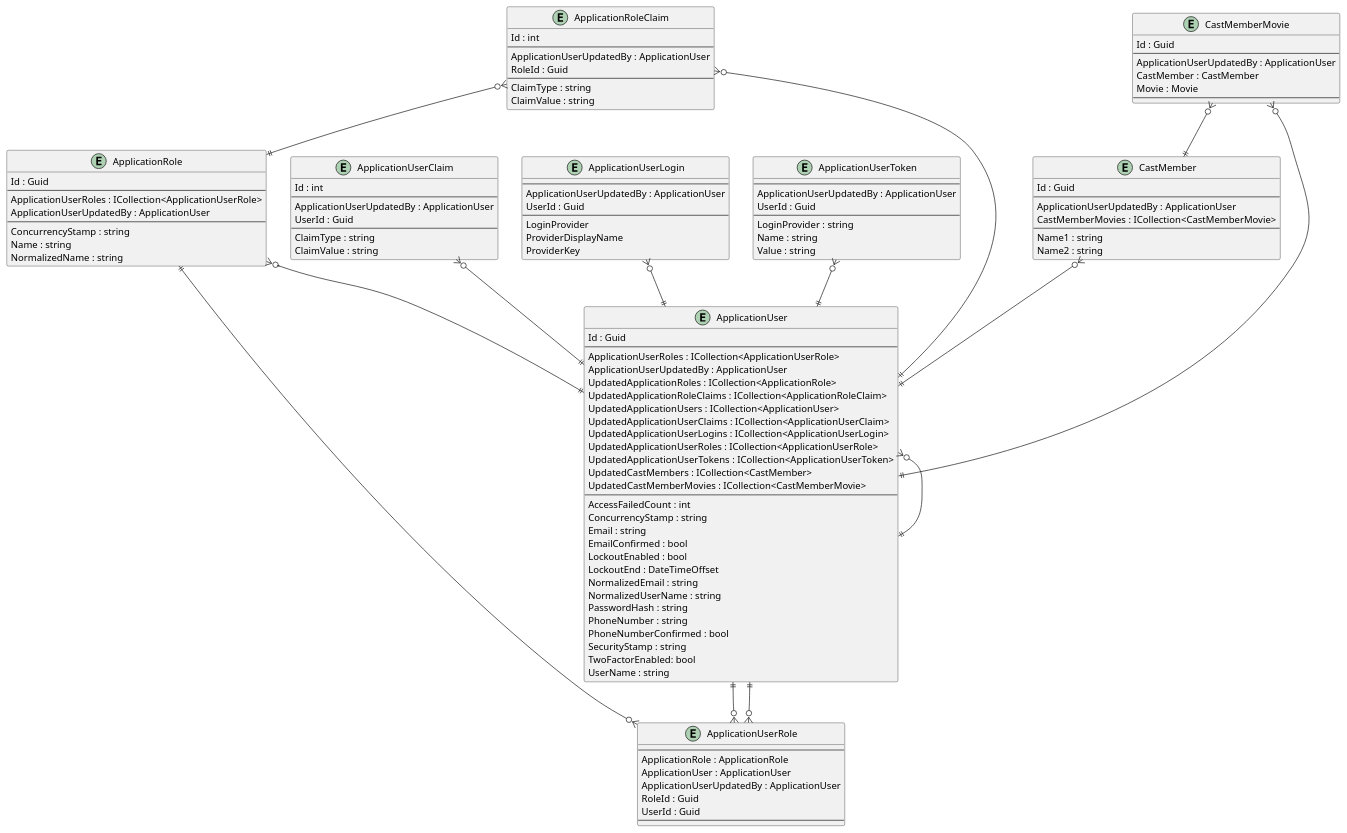
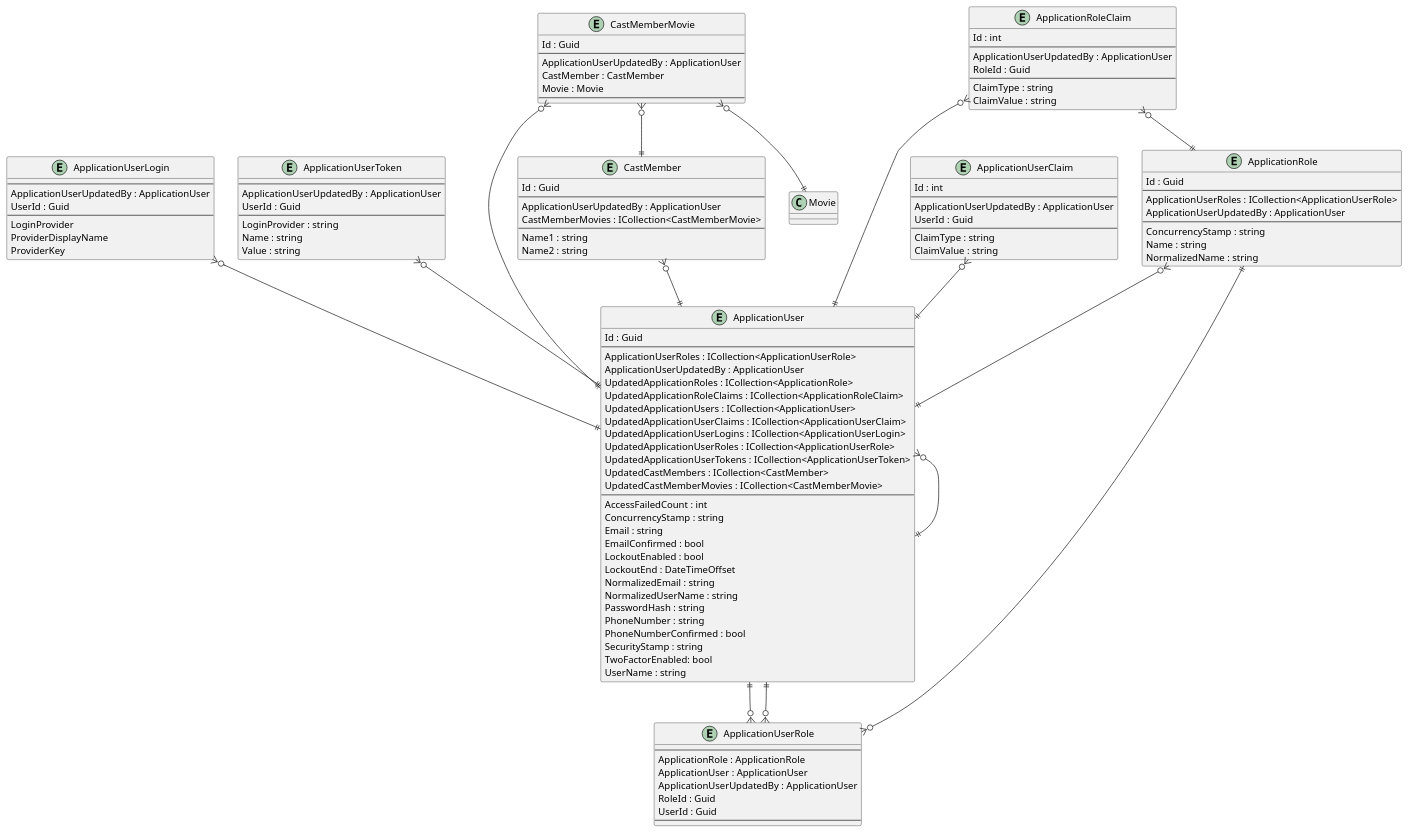
One commit to intrepion/BlazorWebAppMovies changed the diagram in .docs/BlazorWebAppMovies.pu. Above: the diagram before and after it, drawn with PlantUML.

```diff
--- a/.docs/BlazorWebAppMovies.pu
+++ b/.docs/BlazorWebAppMovies.pu
@@ -1,137 +1,138 @@
 @startuml
 
 entity ApplicationRole {
     Id : Guid
     --
     ApplicationUserRoles : ICollection<ApplicationUserRole>
     ApplicationUserUpdatedBy : ApplicationUser
     --
     ConcurrencyStamp : string
     Name : string
     NormalizedName : string
 }
 
 entity ApplicationRoleClaim {
     Id : int
     --
     ApplicationUserUpdatedBy : ApplicationUser
     RoleId : Guid
     --
     ClaimType : string
     ClaimValue : string
 }
 
 entity ApplicationUser {
     Id : Guid
     --
     ApplicationUserRoles : ICollection<ApplicationUserRole>
     ApplicationUserUpdatedBy : ApplicationUser
     UpdatedApplicationRoles : ICollection<ApplicationRole>
     UpdatedApplicationRoleClaims : ICollection<ApplicationRoleClaim>
     UpdatedApplicationUsers : ICollection<ApplicationUser>
     UpdatedApplicationUserClaims : ICollection<ApplicationUserClaim>
     UpdatedApplicationUserLogins : ICollection<ApplicationUserLogin>
     UpdatedApplicationUserRoles : ICollection<ApplicationUserRole>
     UpdatedApplicationUserTokens : ICollection<ApplicationUserToken>
     UpdatedCastMembers : ICollection<CastMember>
     UpdatedCastMemberMovies : ICollection<CastMemberMovie>
     ' ApplicationUserKeyCodePlaceholder
     --
     AccessFailedCount : int
     ConcurrencyStamp : string
     Email : string
     EmailConfirmed : bool
     LockoutEnabled : bool
     LockoutEnd : DateTimeOffset
     NormalizedEmail : string
     NormalizedUserName : string
     PasswordHash : string
     PhoneNumber : string
     PhoneNumberConfirmed : bool
     SecurityStamp : string
     TwoFactorEnabled: bool
     UserName : string
 }
 
 entity ApplicationUserClaim {
     Id : int
     --
     ApplicationUserUpdatedBy : ApplicationUser
     UserId : Guid
     --
     ClaimType : string
     ClaimValue : string
 }
 
 entity ApplicationUserLogin {
     --
     ApplicationUserUpdatedBy : ApplicationUser
     UserId : Guid
     --
     LoginProvider
     ProviderDisplayName
     ProviderKey
 }
 
 entity ApplicationUserRole {
     --
     ApplicationRole : ApplicationRole
     ApplicationUser : ApplicationUser
     ApplicationUserUpdatedBy : ApplicationUser
     RoleId : Guid
     UserId : Guid
     --
 }
 
 entity ApplicationUserToken {
     --
     ApplicationUserUpdatedBy : ApplicationUser
     UserId : Guid
     --
     LoginProvider : string
     Name : string
     Value : string
 }
 
 entity CastMember {
     Id : Guid
     --
     ApplicationUserUpdatedBy : ApplicationUser
     CastMemberMovies : ICollection<CastMemberMovie>
     ' CastMemberKeyCodePlaceholder
     --
     Name1 : string
     Name2 : string
     ' CastMemberPropertyCodePlaceholder
 }
 
 entity CastMemberMovie {
     Id : Guid
     --
     ApplicationUserUpdatedBy : ApplicationUser
     CastMember : CastMember
     Movie : Movie
     ' CastMemberMovieKeyCodePlaceholder
     --
     ' CastMemberMoviePropertyCodePlaceholder
 }
 
 ' EntityCodePlaceholder
 
 ApplicationRole ||--o{ ApplicationUserRole
 ApplicationRole }o--|| ApplicationUser
 ApplicationRoleClaim }o--|| ApplicationRole
 ApplicationRoleClaim }o--|| ApplicationUser
 ApplicationUser }o--|| ApplicationUser
 ApplicationUser ||--o{ ApplicationUserRole
 ApplicationUserClaim }o--|| ApplicationUser
 ApplicationUserLogin }o--|| ApplicationUser
 ApplicationUserRole }o--|| ApplicationUser
 ApplicationUserToken }o--|| ApplicationUser
 
 CastMember }o--|| ApplicationUser
 CastMemberMovie }o--|| ApplicationUser
 CastMemberMovie }o--|| CastMember
+CastMemberMovie }o--|| Movie
 ' RelationshipCodePlaceholder
 
 @enduml
```
